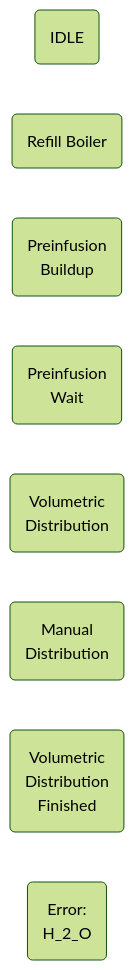
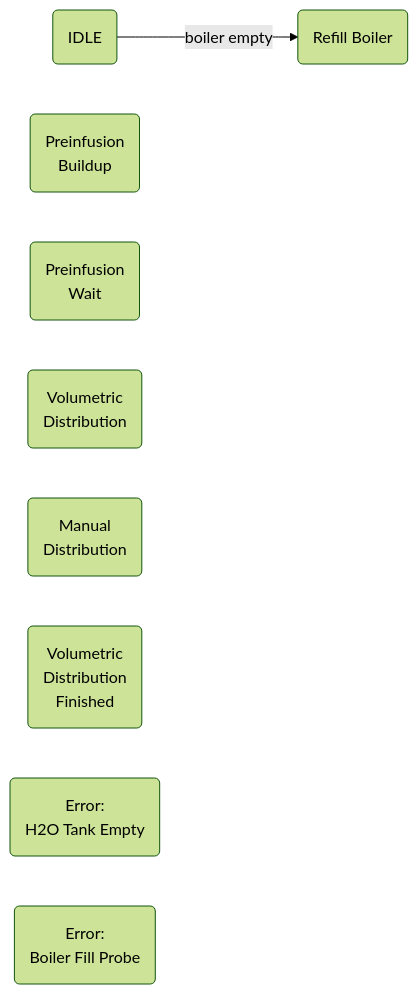
Before and after one commit to ggramlich26/BZ10_upgrade: the first of 4 diagrams in README.md, drawn with Mermaid (forest theme). The commit also changed other lines of this file, not shown here.

Commit message:
README.md updated from https://stackedit.io/

````diff
--- a/README.md
+++ b/README.md
@@ -18,11 +18,14 @@
 ```mermaid
 graph LR
 idle(IDLE)
 refill_boiler(Refill Boiler)
 preinfusion_buildup(Preinfusion <br> Buildup)
 preinfusion_wait(Preinfusion <br> Wait)
 vol_dist(Volumetric <br> Distribution)
 man_dist(Manual <br> Distribution)
 vol_dist_finished(Volumetric <br> Distribution <br> Finished)
-error_tank("Error: <br> H_2_O")
+error_tank("Error: <br> H2O Tank Empty")
+error_boiler("Error: <br> Boiler Fill Probe")
+
+idle--"boiler empty"-->refill_boiler
 ```
````
